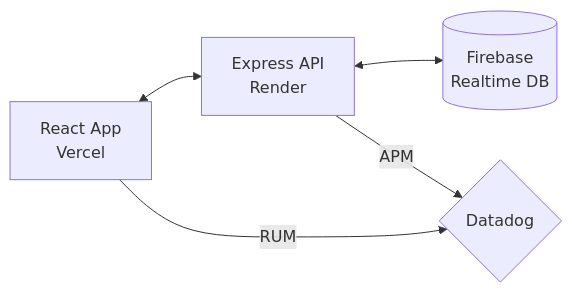
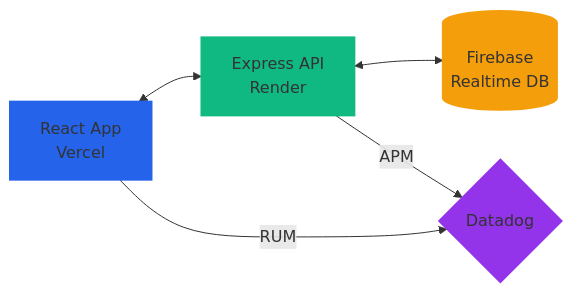
Before and after one commit to d3005/Daniel-Portfolio: the diagram in README.md, drawn with Mermaid. The commit also changed other lines of this file, not shown here.

````diff
--- a/README.md
+++ b/README.md
@@ -46,7 +55,12 @@
 ```mermaid
 graph LR
     A[React App<br/>Vercel] <--> B[Express API<br/>Render]
     B <--> C[(Firebase<br/>Realtime DB)]
     A -- RUM --> D{Datadog}
     B -- APM --> D
+    
+    style A fill:#2563eb,stroke:#2563eb,stroke-width:2px
+    style B fill:#10b981,stroke:#10b981,stroke-width:2px
+    style C fill:#f59e0b,stroke:#f59e0b,stroke-width:2px
+    style D fill:#9333ea,stroke:#9333ea,stroke-width:2px
 ```
````
